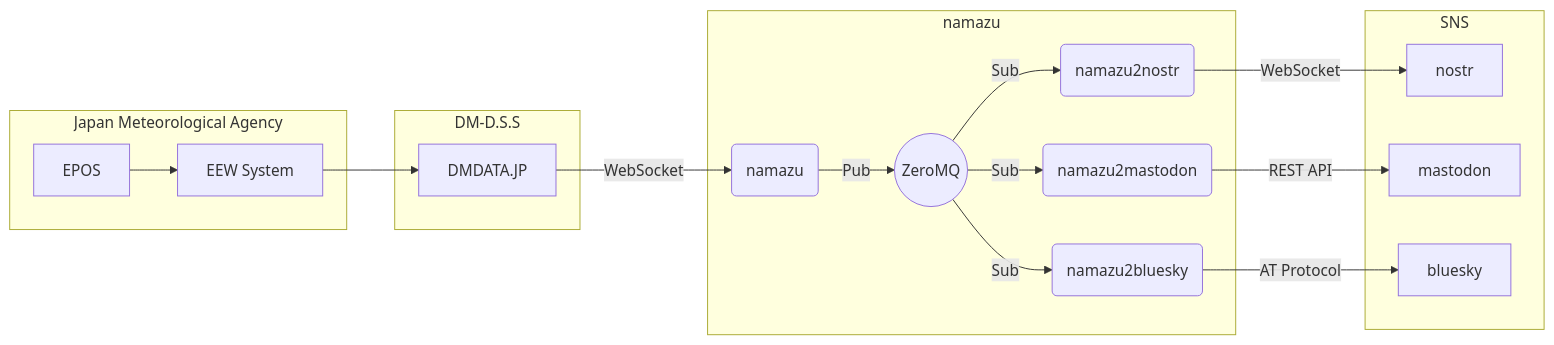
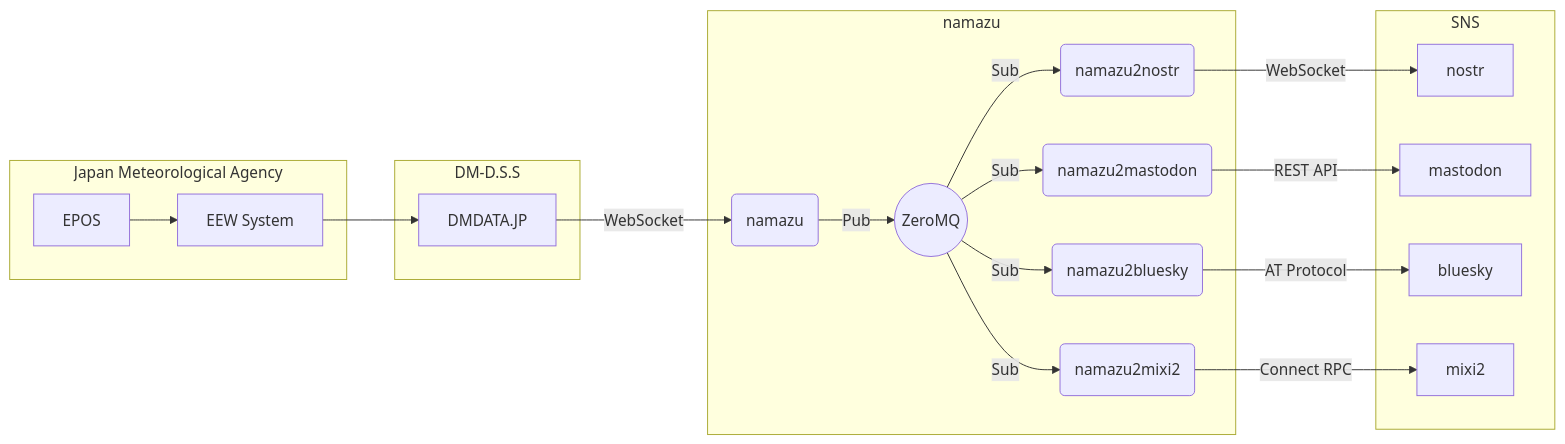
The diagram in README.md (matsuu/namazu), drawn with Mermaid before and after one commit. The commit also changed other lines of this file and 5 other files, not shown here.

````diff
--- a/README.md
+++ b/README.md
@@ -7,23 +7,25 @@
 ```mermaid
 flowchart LR
   subgraph Japan Meteorological Agency
     J[EPOS]-->E[EEW System]
   end
     E-->D[DMDATA.JP]
   subgraph DM-D.S.S
     D
   end
   D--WebSocket-->N(namazu)
   subgraph namazu
     N--Pub-->Z((ZeroMQ))
-    Z--Sub--> NN(namazu2nostr) & NM(namazu2mastodon) & NB(namazu2bluesky)
+    Z--Sub--> NN(namazu2nostr) & NM(namazu2mastodon) & NB(namazu2bluesky) & NM2(namazu2mixi2)
   end
   NN--WebSocket-->SN[nostr]
   NM--REST API-->SM[mastodon]
   NB--AT Protocol-->SB[bluesky]
+  NM2--Connect RPC-->SM2[mixi2]
   subgraph SNS
     SN
     SM
     SB
+    SM2
   end
 ```
````
